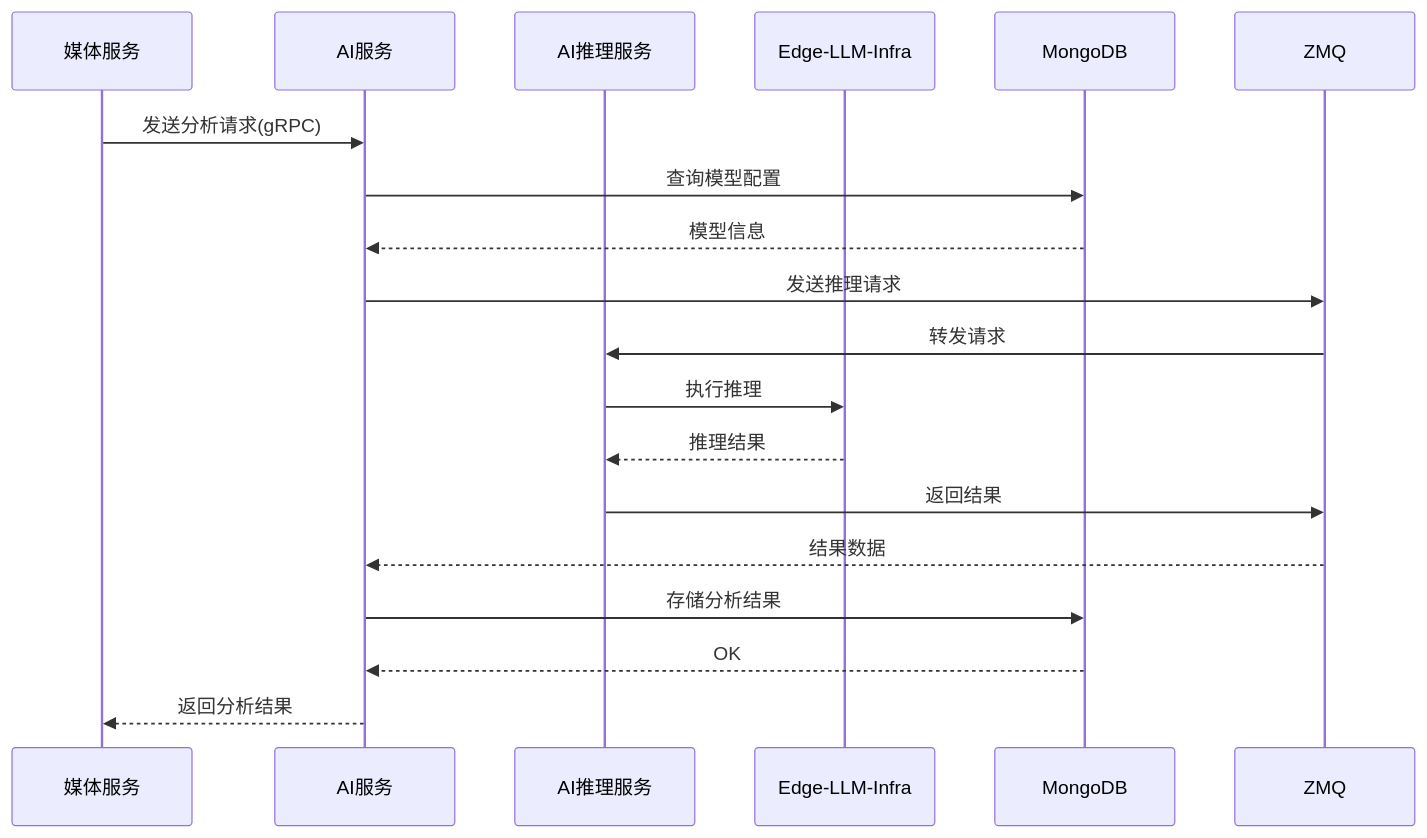
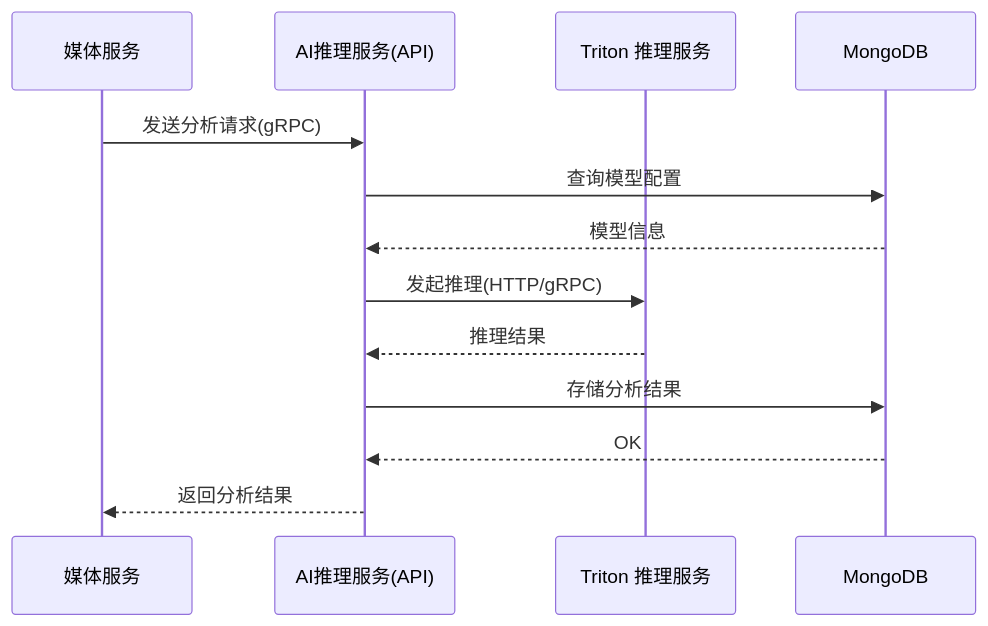
One commit to gugugu5331/VideoCall-System changed the fourth of 4 diagrams in meeting-system/docs/BACKEND_ARCHITECTURE.md. Above: the diagram before and after it, drawn with Mermaid. The commit also changed other lines of this file and 161 other files, not shown here.

````diff
--- a/meeting-system/docs/BACKEND_ARCHITECTURE.md
+++ b/meeting-system/docs/BACKEND_ARCHITECTURE.md
@@ -480,24 +476,18 @@
 ```mermaid
 sequenceDiagram
     participant MediaSvc as 媒体服务
-    participant AISvc as AI服务
-    participant AIInference as AI推理服务
-    participant EdgeLLM as Edge-LLM-Infra
+    participant AISvc as AI推理服务(API)
+    participant AIInference as Triton 推理服务
     participant MongoDB as MongoDB
-    participant ZMQ as ZMQ
 
     MediaSvc->>AISvc: 发送分析请求(gRPC)
     AISvc->>MongoDB: 查询模型配置
     MongoDB-->>AISvc: 模型信息
 
-    AISvc->>ZMQ: 发送推理请求
-    ZMQ->>AIInference: 转发请求
-    AIInference->>EdgeLLM: 执行推理
-    EdgeLLM-->>AIInference: 推理结果
-    AIInference->>ZMQ: 返回结果
-    ZMQ-->>AISvc: 结果数据
+AISvc->>AIInference: 发起推理(HTTP/gRPC)
+AIInference-->>AISvc: 推理结果
 
     AISvc->>MongoDB: 存储分析结果
     MongoDB-->>AISvc: OK
     AISvc-->>MediaSvc: 返回分析结果
 ```
````
